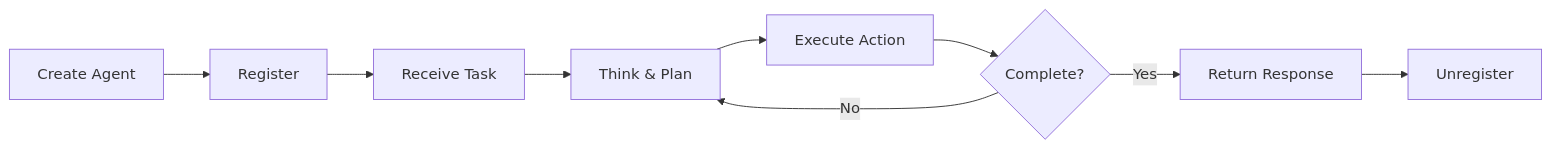
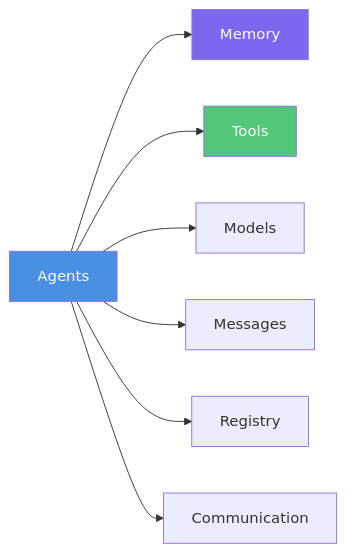
The first of 2 diagrams in docs/concepts/index.md (rezaho/MARSYS), drawn with Mermaid before and after one commit. The commit also changed other lines of this file and 93 other files, not shown here.

````diff
--- a/docs/concepts/index.md
+++ b/docs/concepts/index.md
@@ -57,11 +11,13 @@
 ```mermaid
 graph LR
-    A[Create Agent] --> B[Register]
-    B --> C[Receive Task]
-    C --> D[Think & Plan]
-    D --> E[Execute Action]
-    E --> F{Complete?}
-    F -->|No| D
-    F -->|Yes| G[Return Response]
-    G --> H[Unregister]
+    A[Agents] --> M[Memory]
+    A --> T[Tools]
+    A --> Mo[Models]
+    A --> Msg[Messages]
+    A --> R[Registry]
+    A --> C[Communication]
+
+    style A fill:#4A90E2,color:#fff
+    style M fill:#7B68EE,color:#fff
+    style T fill:#50C878,color:#fff
 ```
````
